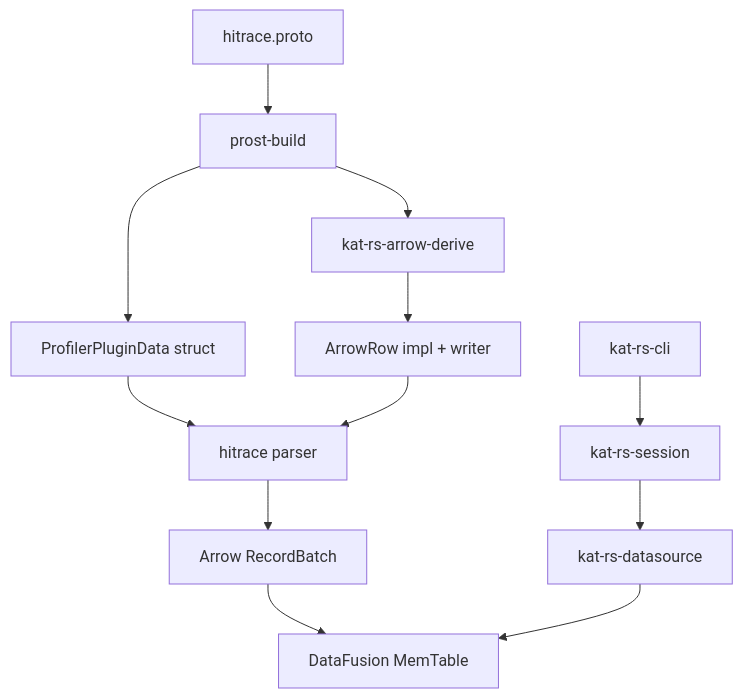
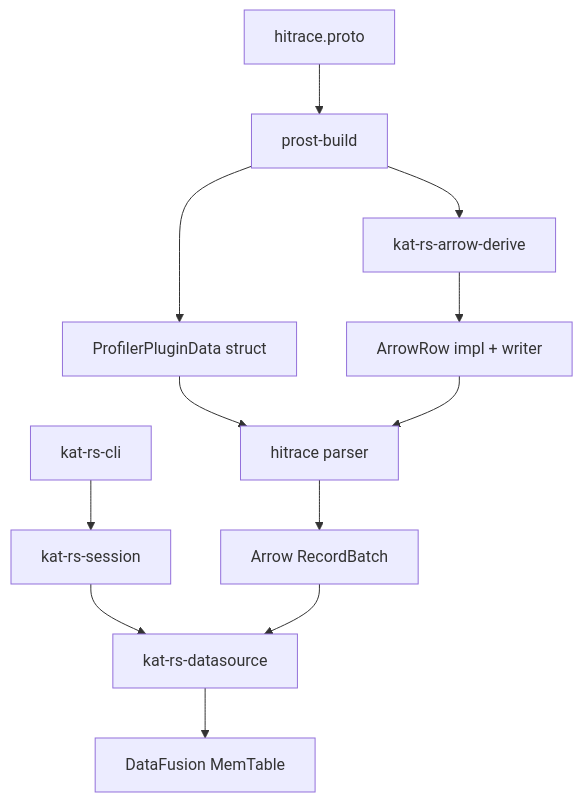
Before and after one commit to maokelong/kat-cli: the diagram in docs/superpowers/specs/2026-06-08-kat-rs-datasource-cli-session-design.md, drawn with Mermaid. The commit also changed other lines of this file, not shown here.

Commit message:
Clarify datasource architecture spec

````diff
--- a/docs/superpowers/specs/2026-06-08-kat-rs-datasource-cli-session-design.md
+++ b/docs/superpowers/specs/2026-06-08-kat-rs-datasource-cli-session-design.md
@@ -57,26 +57,26 @@
 ```mermaid
 flowchart TD
     CLI["kat-rs-cli"]
     SESSION["kat-rs-session"]
     DS["kat-rs-datasource"]
     BUILD["prost-build"]
     DERIVE["kat-rs-arrow-derive"]
     PROTO["hitrace.proto"]
     STRUCT["ProfilerPluginData struct"]
     ARROWROW["ArrowRow impl + writer"]
     PARSER["hitrace parser"]
     ARROW["Arrow RecordBatch"]
     DF["DataFusion MemTable"]
 
     CLI --> SESSION
     SESSION --> DS
     PROTO --> BUILD
     BUILD --> STRUCT
     BUILD --> DERIVE
     DERIVE --> ARROWROW
     STRUCT --> PARSER
     ARROWROW --> PARSER
     PARSER --> ARROW
-    ARROW --> DF
+    ARROW --> DS
     DS --> DF
 ```
````
